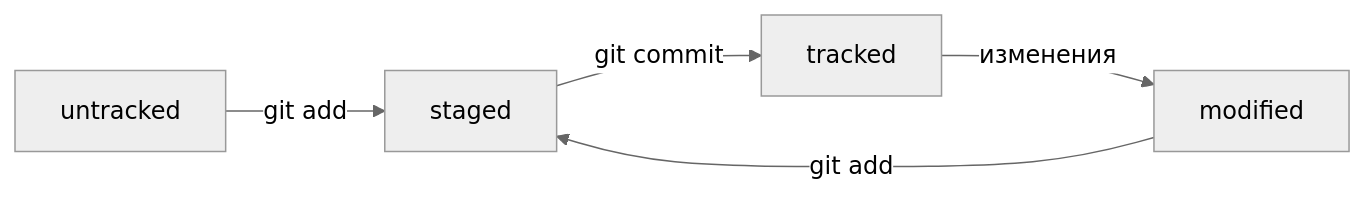
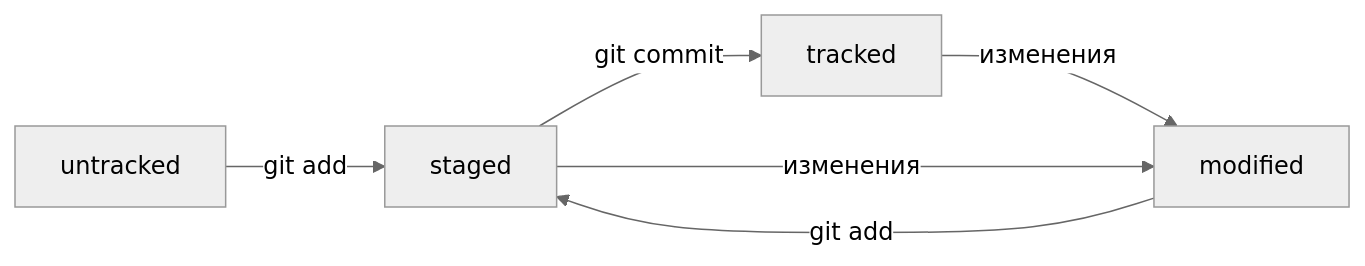
Before and after one commit to kimoncar/notes-project: the diagram in readme.md, drawn with Mermaid (neutral theme).

Commit message:
Добавить связь staged->modified в разделе 'Жизненный цикл файлов в Git'

````diff
--- a/readme.md
+++ b/readme.md
@@ -117,7 +117,8 @@
 ```mermaid
-graph LR
+graph LR;
 	A[untracked] -- "git add" --> B[staged];
 	B[staged] -- "git commit" --> C[tracked];
 	C[tracked] -- "изменения" --> D[modified];
 	D[modified] -- "git add" --> B[staged];
+	B[staged] -- "изменения" --> D[modified];
 ```
````
